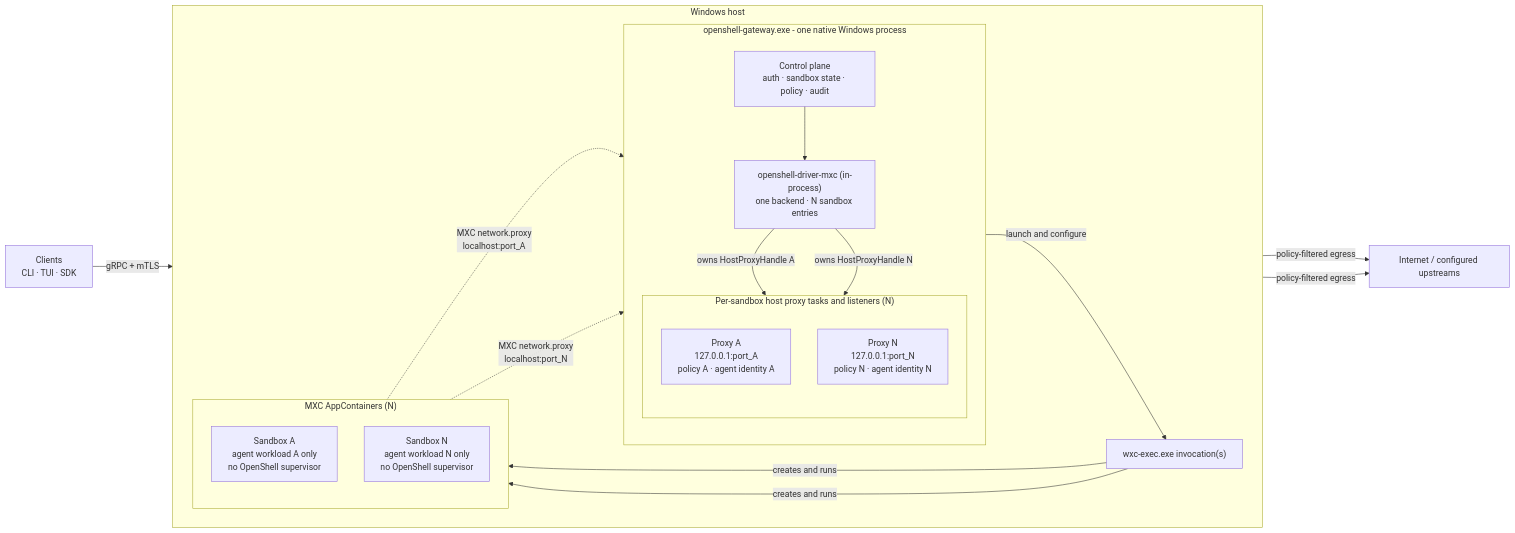
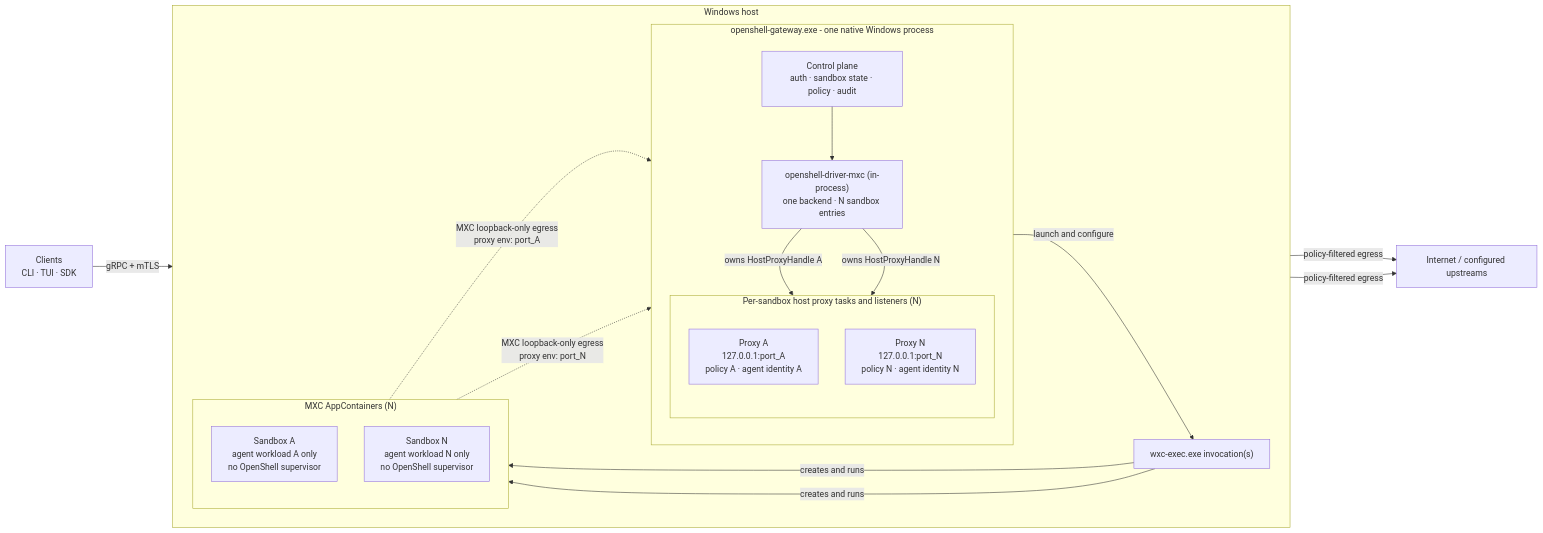
Before and after one commit to NVIDIA/OpenShell: the first of 2 diagrams in rfc/0013-native-windows-mxc/README.md, drawn with Mermaid. The commit also changed other lines of this file and 19 other files, not shown here.

Commit message:
fix(mxc): migrate standalone mapper to schema 1.0

````diff
--- a/rfc/0013-native-windows-mxc/README.md
+++ b/rfc/0013-native-windows-mxc/README.md
@@ -94,45 +94,45 @@
 ```mermaid
 flowchart LR
     clients["Clients<br/>CLI · TUI · SDK"]
     upstreams["Internet / configured upstreams"]
 
     subgraph host["Windows host"]
         direction LR
 
         subgraph gateway["openshell-gateway.exe - one native Windows process"]
             direction TB
 
             control["Control plane<br/>auth · sandbox state · policy · audit"]
             driver["openshell-driver-mxc (in-process)<br/>one backend · N sandbox entries"]
 
             subgraph proxies["Per-sandbox host proxy tasks and listeners (N)"]
                 direction TB
                 proxy_a["Proxy A<br/>127.0.0.1:port_A<br/>policy A · agent identity A"]
                 proxy_n["Proxy N<br/>127.0.0.1:port_N<br/>policy N · agent identity N"]
             end
 
             control --> driver
             driver -->|"owns HostProxyHandle A"| proxy_a
             driver -->|"owns HostProxyHandle N"| proxy_n
         end
 
         wxc["wxc-exec.exe invocation(s)"]
 
         subgraph sandboxes["MXC AppContainers (N)"]
             direction TB
             sandbox_a["Sandbox A<br/>agent workload A only<br/>no OpenShell supervisor"]
             sandbox_n["Sandbox N<br/>agent workload N only<br/>no OpenShell supervisor"]
         end
 
         driver -->|"launch and configure"| wxc
         wxc -->|"creates and runs"| sandbox_a
         wxc -->|"creates and runs"| sandbox_n
 
-        sandbox_a -.->|"MXC network.proxy<br/>localhost:port_A"| proxy_a
-        sandbox_n -.->|"MXC network.proxy<br/>localhost:port_N"| proxy_n
+        sandbox_a -.->|"MXC loopback-only egress<br/>proxy env: port_A"| proxy_a
+        sandbox_n -.->|"MXC loopback-only egress<br/>proxy env: port_N"| proxy_n
     end
 
     clients -->|"gRPC + mTLS"| control
     proxy_a -->|"policy-filtered egress"| upstreams
     proxy_n -->|"policy-filtered egress"| upstreams
 ```
````
